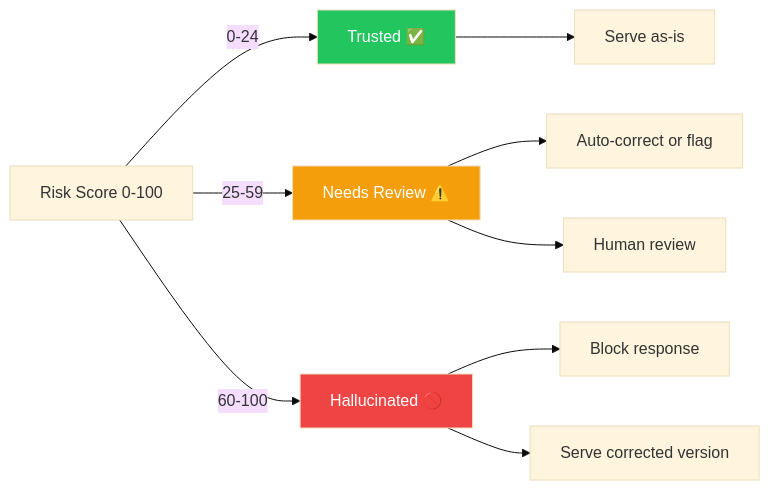
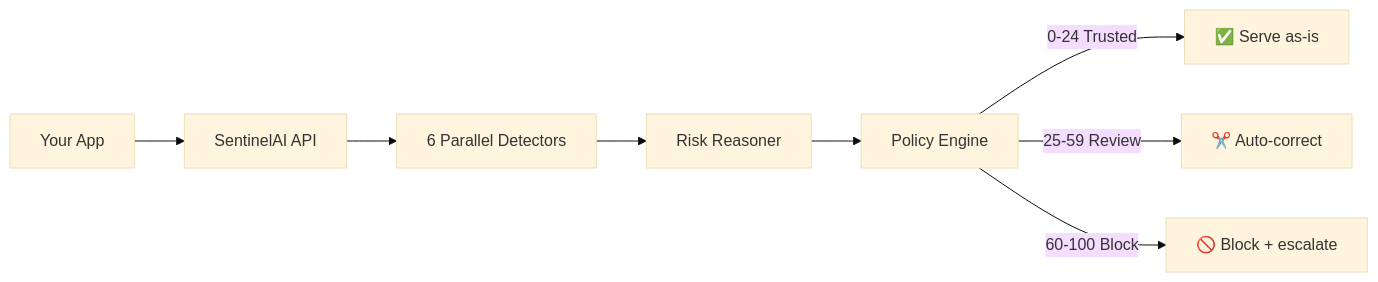
The diagram in Docs/README.md (Blacksujit/Sentinel-AI), drawn with Mermaid (base theme) before and after one commit. The commit also changed other lines of this file, not shown here.

````diff
--- a/Docs/README.md
+++ b/Docs/README.md
@@ -208,16 +53,10 @@
 ```mermaid
 flowchart LR
-    Score[Risk Score 0-100] -->|0-24| Trusted[Trusted ✅]
-    Score -->|25-59| Review[Needs Review ⚠️]
-    Score -->|60-100| Hallucinated[Hallucinated 🚫]
-
-    Trusted --> Serve[Serve as-is]
-    Review --> Correct[Auto-correct or flag]
-    Review --> Human[Human review]
-    Hallucinated --> Block[Block response]
-    Hallucinated --> ServeCorrected[Serve corrected version]
-
-    style Trusted fill:#22c55e,color:#fff
-    style Review fill:#f59e0b,color:#fff
-    style Hallucinated fill:#ef4444,color:#fff
+    App[Your App] --> API[SentinelAI API]
+    API --> Detectors[6 Parallel Detectors]
+    Detectors --> Reasoner[Risk Reasoner]
+    Reasoner --> Policy[Policy Engine]
+    Policy -->|0-24 Trusted| Serve[✅ Serve as-is]
+    Policy -->|25-59 Review| Fix[✂️ Auto-correct]
+    Policy -->|60-100 Block| Block[🚫 Block + escalate]
 ```
````
